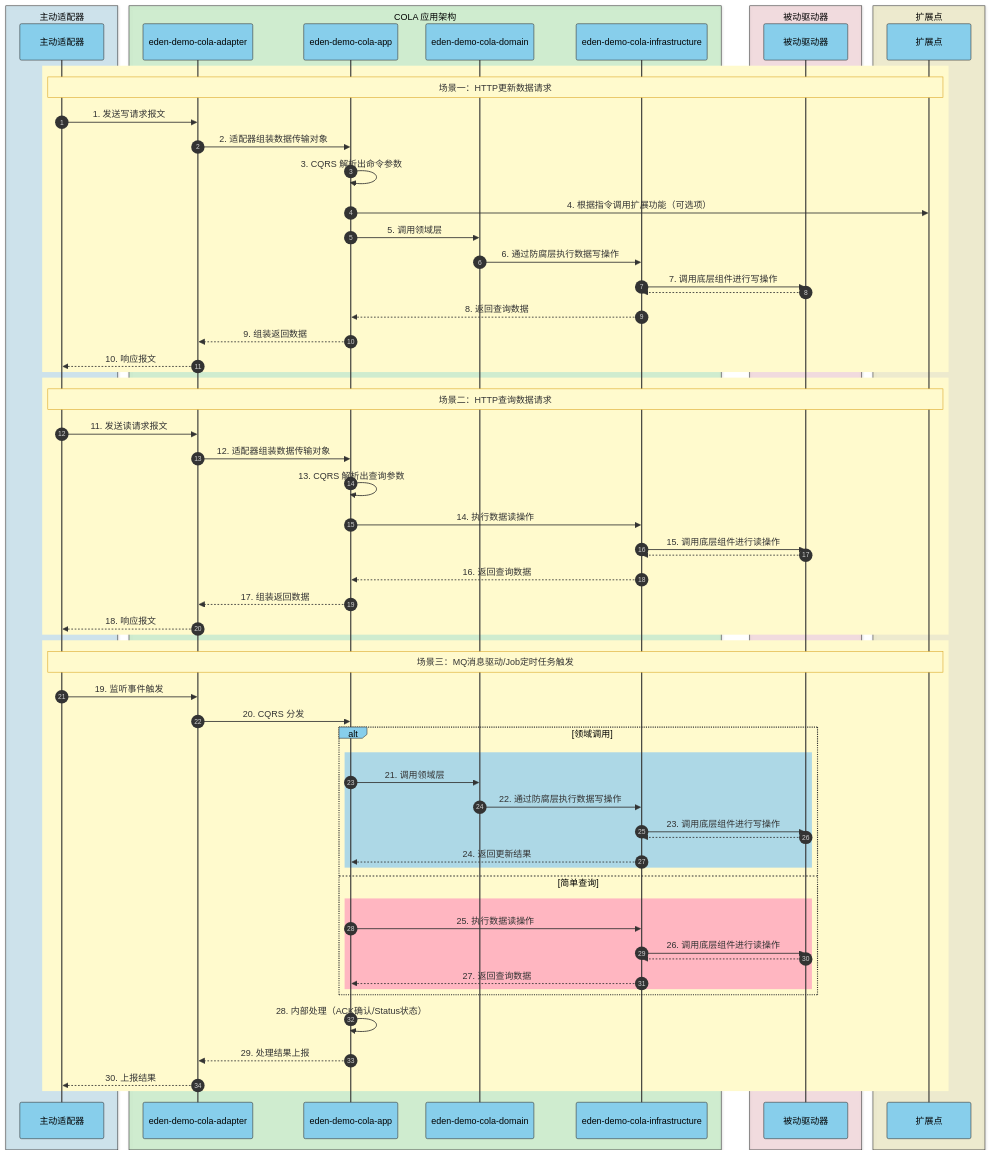
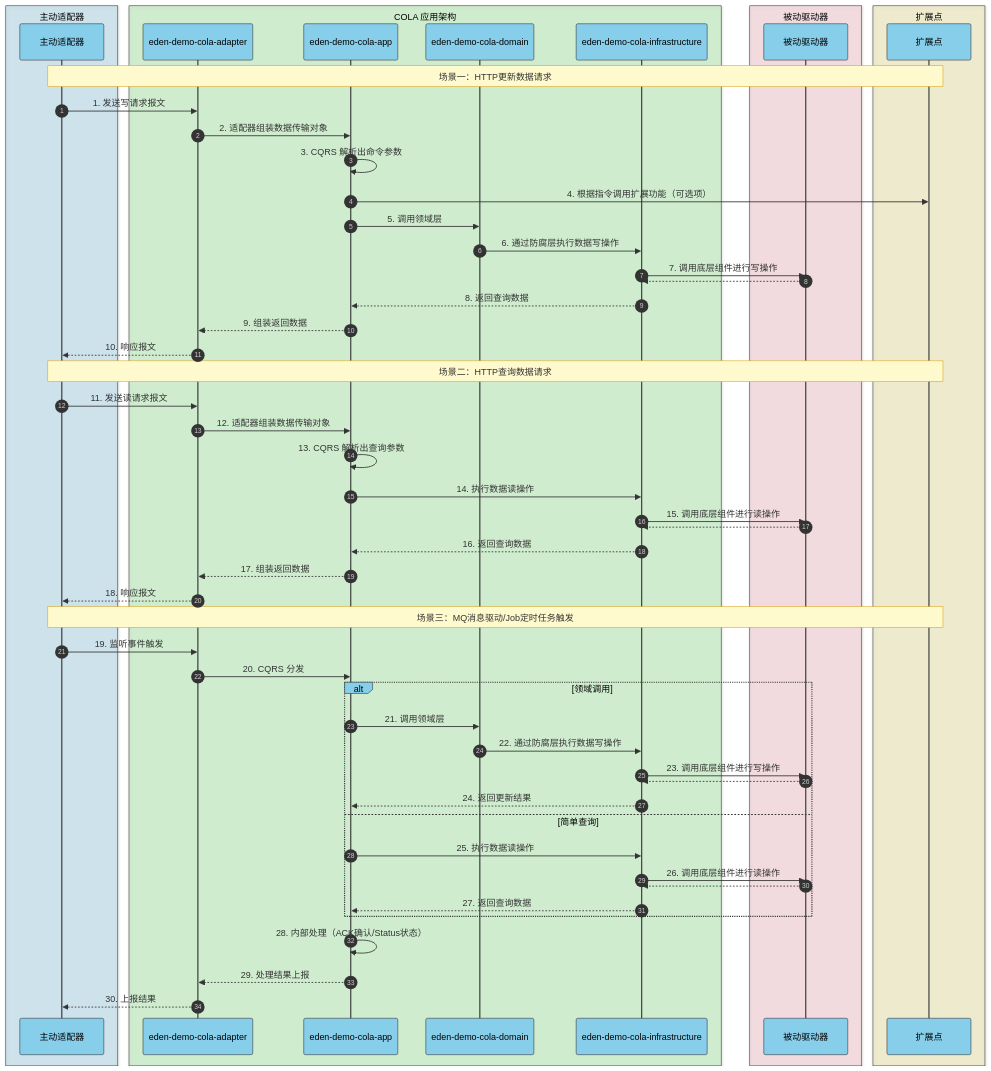
One commit to shiyindaxiaojie/eden-demo-cola changed the second of 7 diagrams in README-zh-CN.md. Above: the diagram before and after it, drawn with Mermaid. The commit also changed 3 other files, not shown here.

````diff
--- a/README-zh-CN.md
+++ b/README-zh-CN.md
@@ -164,58 +164,48 @@
         participant G as 扩展点
     end
 
-    rect rgb(255,250,205)
-        Note over A,G: 场景一：HTTP更新数据请求
-        A->>B: 1. 发送写请求报文
-        B->>C: 2. 适配器组装数据传输对象
-        C->>C: 3. CQRS 解析出命令参数
-        C->>G: 4. 根据指令调用扩展功能（可选项）
-        C->>D: 5. 调用领域层
-        D->>E: 6. 通过防腐层执行数据写操作
-        E->>F: 7. 调用底层组件进行写操作
+    Note over A,G: 场景一：HTTP更新数据请求
+    A->>B: 1. 发送写请求报文
+    B->>C: 2. 适配器组装数据传输对象
+    C->>C: 3. CQRS 解析出命令参数
+    C->>G: 4. 根据指令调用扩展功能（可选项）
+    C->>D: 5. 调用领域层
+    D->>E: 6. 通过防腐层执行数据写操作
+    E->>F: 7. 调用底层组件进行写操作
+    F-->>E: 
+    E-->>C: 8. 返回查询数据
+    C-->>B: 9. 组装返回数据
+    B-->>A: 10. 响应报文
+
+    Note over A,G: 场景二：HTTP查询数据请求
+    A->>B: 11. 发送读请求报文
+    B->>C: 12. 适配器组装数据传输对象
+    C->>C: 13. CQRS 解析出查询参数
+    C->>E: 14. 执行数据读操作
+    E->>F: 15. 调用底层组件进行读操作
+    F-->>E: 
+    E-->>C: 16. 返回查询数据
+    C-->>B: 17. 组装返回数据
+    B-->>A: 18. 响应报文
+
+    Note over A,G: 场景三：MQ消息驱动/Job定时任务触发
+    A->>B: 19. 监听事件触发
+    B->>C: 20. CQRS 分发
+    
+    alt 领域调用
+        C->>D: 21. 调用领域层
+        D->>E: 22. 通过防腐层执行数据写操作
+        E->>F: 23. 调用底层组件进行写操作
         F-->>E: 
-        E-->>C: 8. 返回查询数据
-        C-->>B: 9. 组装返回数据
-        B-->>A: 10. 响应报文
+        E-->>C: 24. 返回更新结果
+    else 简单查询
+        C->>E: 25. 执行数据读操作
+        E->>F: 26. 调用底层组件进行读操作
+        F-->>E: 
+        E-->>C: 27. 返回查询数据
     end
-
-    rect rgb(255,250,205)
-        Note over A,G: 场景二：HTTP查询数据请求
-        A->>B: 11. 发送读请求报文
-        B->>C: 12. 适配器组装数据传输对象
-        C->>C: 13. CQRS 解析出查询参数
-        C->>E: 14. 执行数据读操作
-        E->>F: 15. 调用底层组件进行读操作
-        F-->>E: 
-        E-->>C: 16. 返回查询数据
-        C-->>B: 17. 组装返回数据
-        B-->>A: 18. 响应报文
-    end
-
-    rect rgb(255,250,205)
-        Note over A,G: 场景三：MQ消息驱动/Job定时任务触发
-        A->>B: 19. 监听事件触发
-        B->>C: 20. CQRS 分发
-        
-        alt 领域调用
-            rect rgb(173,216,230)
-                C->>D: 21. 调用领域层
-                D->>E: 22. 通过防腐层执行数据写操作
-                E->>F: 23. 调用底层组件进行写操作
-                F-->>E: 
-                E-->>C: 24. 返回更新结果
-            end
-        else 简单查询
-            rect rgb(255,182,193)
-                C->>E: 25. 执行数据读操作
-                E->>F: 26. 调用底层组件进行读操作
-                F-->>E: 
-                E-->>C: 27. 返回查询数据
-            end
-        end
-        
-        C->>C: 28. 内部处理（ACK确认/Status状态）
-        C-->>B: 29. 处理结果上报
-        B-->>A: 30. 上报结果
-    end
+    
+    C->>C: 28. 内部处理（ACK确认/Status状态）
+    C-->>B: 29. 处理结果上报
+    B-->>A: 30. 上报结果
 ```
````
